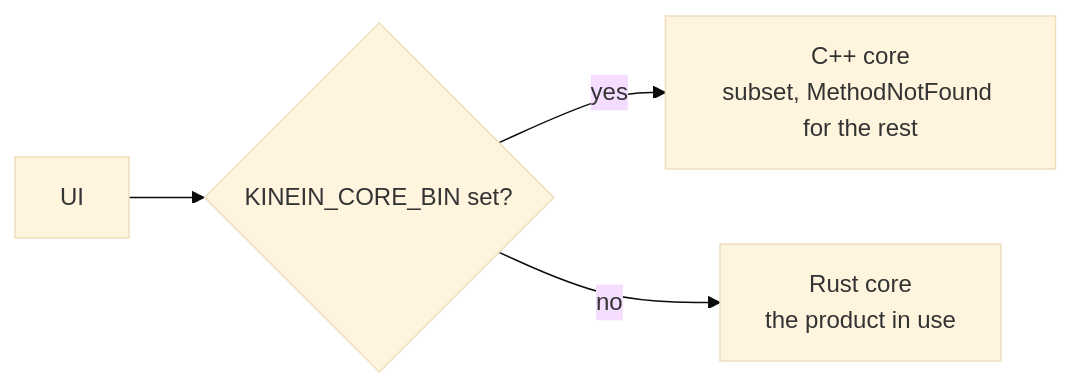
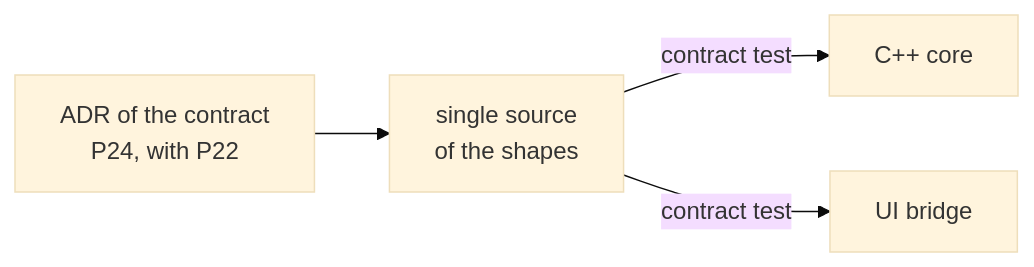
One commit to ViktorWalde/KineinVectis changed the diagram in docs/architecture/protocol-and-contract.md. Above: the diagram before and after it, drawn with Mermaid (base theme). The commit also changed other lines of this file and 12 other files, not shown here.

````diff
--- a/docs/architecture/protocol-and-contract.md
+++ b/docs/architecture/protocol-and-contract.md
@@ -39,6 +23,6 @@
 ```mermaid
 flowchart LR
-    UI["UI"] --> ENV{"KINEIN_CORE_BIN set?"}
-    ENV -->|yes| CPP["C++ core<br/>subset, MethodNotFound for the rest"]
-    ENV -->|no| RUST["Rust core<br/>the product in use"]
+    ADR["ADR of the contract<br/>P24, with P22"] --> SRC["single source<br/>of the shapes"]
+    SRC -->|contract test| CORE["C++ core"]
+    SRC -->|contract test| BRIDGE["UI bridge"]
 ```
````
